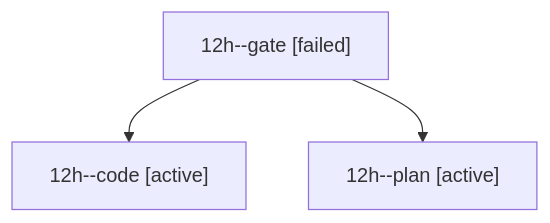
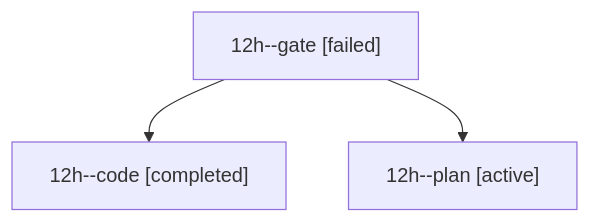
Before and after one commit to bobs-org/bob-cli--agents: the diagram in sessions/bbugyi200.athena.12h.md, drawn with Mermaid. The commit also changed other lines of this file and 26 other files, not shown here.

````diff
--- a/sessions/bbugyi200.athena.12h.md
+++ b/sessions/bbugyi200.athena.12h.md
@@ -9,8 +9,8 @@
 ```mermaid
 flowchart TD
   n0["12h--gate [failed]"]
-  n1["12h--code [active]"]
+  n1["12h--code [completed]"]
   n0 --> n1
   n2["12h--plan [active]"]
   n0 --> n2
 ```
````
